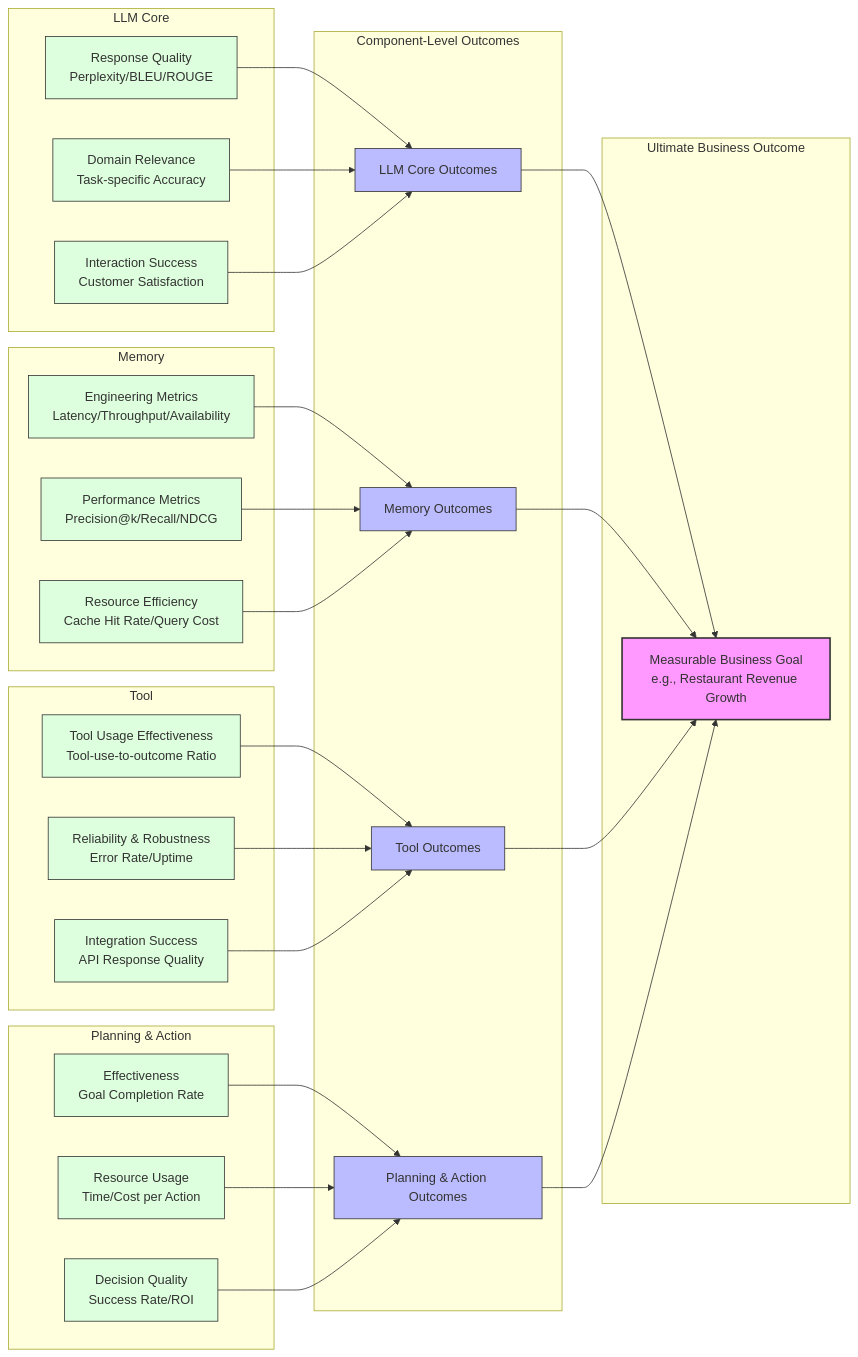
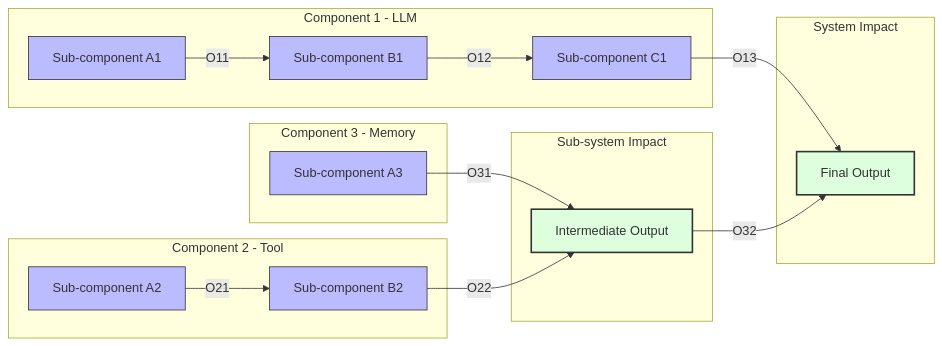
The diagram in _posts/2025-03-15-outcome-driven-ai.md (yueguoguo/yueguoguo.github.io), drawn with Mermaid before and after one commit. The commit also changed other lines of this file, not shown here.

```diff
--- a/_posts/2025-03-15-outcome-driven-ai.md
+++ b/_posts/2025-03-15-outcome-driven-ai.md
@@ -250,69 +203,45 @@
 <div class="mermaid">
 graph LR
-    subgraph Ultimate_Outcome[Ultimate Business Outcome]
-        BO[Measurable Business Goal<br/>e.g., Restaurant Revenue Growth]
+    subgraph Component1[Component 1 - LLM]
+        A1[Sub-component A1]
+        B1[Sub-component B1]
+        C1[Sub-component C1]
     end
 
-    subgraph Component_Outcomes[Component-Level Outcomes]
-        LO[LLM Core Outcomes]
-        MO[Memory Outcomes]
-        TO[Tool Outcomes]
-        PA[Planning & Action Outcomes]
+    subgraph Component2[Component 2 - Tool]
+        A2[Sub-component A2]
+        B2[Sub-component B2]
     end
 
-    subgraph LLM_Metrics[LLM Core]
-        LE1[Response Quality<br/>Perplexity/BLEU/ROUGE]
-        LE2[Domain Relevance<br/>Task-specific Accuracy]
-        LE3[Interaction Success<br/>Customer Satisfaction]
+    subgraph Component3[Component 3 - Memory]
+        A3[Sub-component A3]
     end
 
-    subgraph Memory_Metrics[Memory]
-        ME1[Engineering Metrics<br/>Latency/Throughput/Availability]
-        ME2[Performance Metrics<br/>Precision@k/Recall/NDCG]
-        ME3[Resource Efficiency<br/>Cache Hit Rate/Query Cost]
+    subgraph SubImpact[Sub-system Impact]
+        I[Intermediate Output]
     end
 
-    subgraph Tool_Metrics[Tool]
-        TE1[Tool Usage Effectiveness<br/>Tool-use-to-outcome Ratio]
-        TE2[Reliability & Robustness<br/>Error Rate/Uptime]
-        TE3[Integration Success<br/>API Response Quality]
+    subgraph Impact[System Impact]
+        F[Final Output]
     end
 
-    subgraph Plan_Action_Metrics[Planning & Action]
-        PA1[Effectiveness<br/>Goal Completion Rate]
-        PA2[Resource Usage<br/>Time/Cost per Action]
-        PA3[Decision Quality<br/>Success Rate/ROI]
-    end
+    %% Connections for Component 1
+    A1 -->|O11| B1
+    B1 -->|O12| C1
+    C1 -->|O13| F
 
-    %% Connections showing outcome chain
-    LO --> BO
-    MO --> BO
-    TO --> BO
-    PA --> BO
+    %% Connections for Component 2
+    A2 -->|O21| B2
 
-    %% Component metrics contributing to outcomes
-    LE1 --> LO
-    LE2 --> LO
-    LE3 --> LO
-
-    ME1 --> MO
-    ME2 --> MO
-    ME3 --> MO
-
-    TE1 --> TO
-    TE2 --> TO
-    TE3 --> TO
-
-    PA1 --> PA
-    PA2 --> PA
-    PA3 --> PA
+    %% Connections for Component 2 and 3
+    A3 -->|O31| I
+    B2 -->|O22| I
+    I --> |O32| F
 
     %% Styling
-    classDef outcome fill:#f9f,stroke:#333,stroke-width:2px
     classDef component fill:#bbf,stroke:#333,stroke-width:1px
-    classDef metrics fill:#dfd,stroke:#333,stroke-width:1px
+    classDef impact fill:#dfd,stroke:#333,stroke-width:2px
 
-    class BO outcome
-    class LO,MO,TO,PA component
-    class LE1,LE2,LE3,ME1,ME2,ME3,TE1,TE2,TE3,PA1,PA2,PA3 metrics
+    class A1,B1,C1,A2,B2,C2,A3 component
+    class F,I impact
 </div>
```
